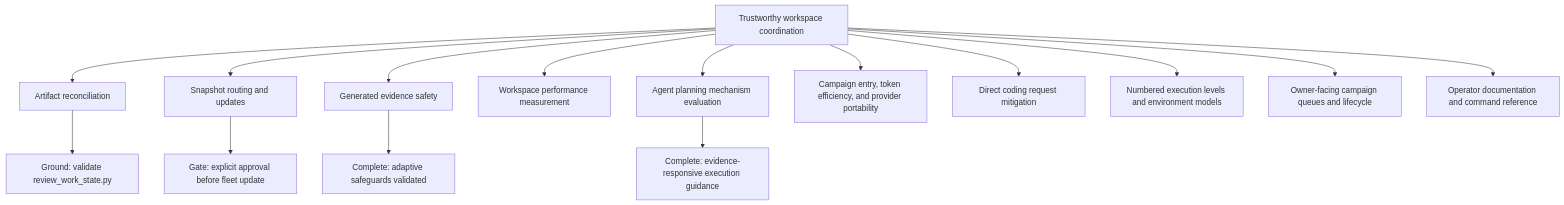
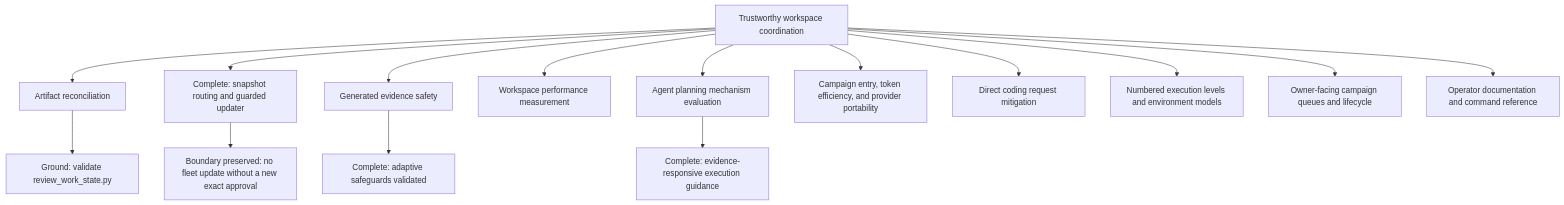
One commit to PC-Redemption/tool_shed changed the diagram in work/maps/map-tool-shed-evolution.md. Above: the diagram before and after it, drawn with Mermaid. The commit also changed other lines of this file and 8 other files, not shown here.

````diff
--- a/work/maps/map-tool-shed-evolution.md
+++ b/work/maps/map-tool-shed-evolution.md
@@ -17,17 +17,17 @@
 ```mermaid
 flowchart TD
   A[Trustworthy workspace coordination] --> B[Artifact reconciliation]
-  A --> C[Snapshot routing and updates]
+  A --> C[Complete: snapshot routing and guarded updater]
   A --> F[Generated evidence safety]
   A --> H[Workspace performance measurement]
   A --> I[Agent planning mechanism evaluation]
   A --> K[Campaign entry, token efficiency, and provider portability]
   A --> L[Direct coding request mitigation]
   A --> M[Numbered execution levels and environment models]
   A --> N[Owner-facing campaign queues and lifecycle]
   A --> O[Operator documentation and command reference]
   I --> J[Complete: evidence-responsive execution guidance]
   B --> D[Ground: validate review_work_state.py]
-  C --> E[Gate: explicit approval before fleet update]
+  C --> E[Boundary preserved: no fleet update without a new exact approval]
   F --> G[Complete: adaptive safeguards validated]
 ```
````
